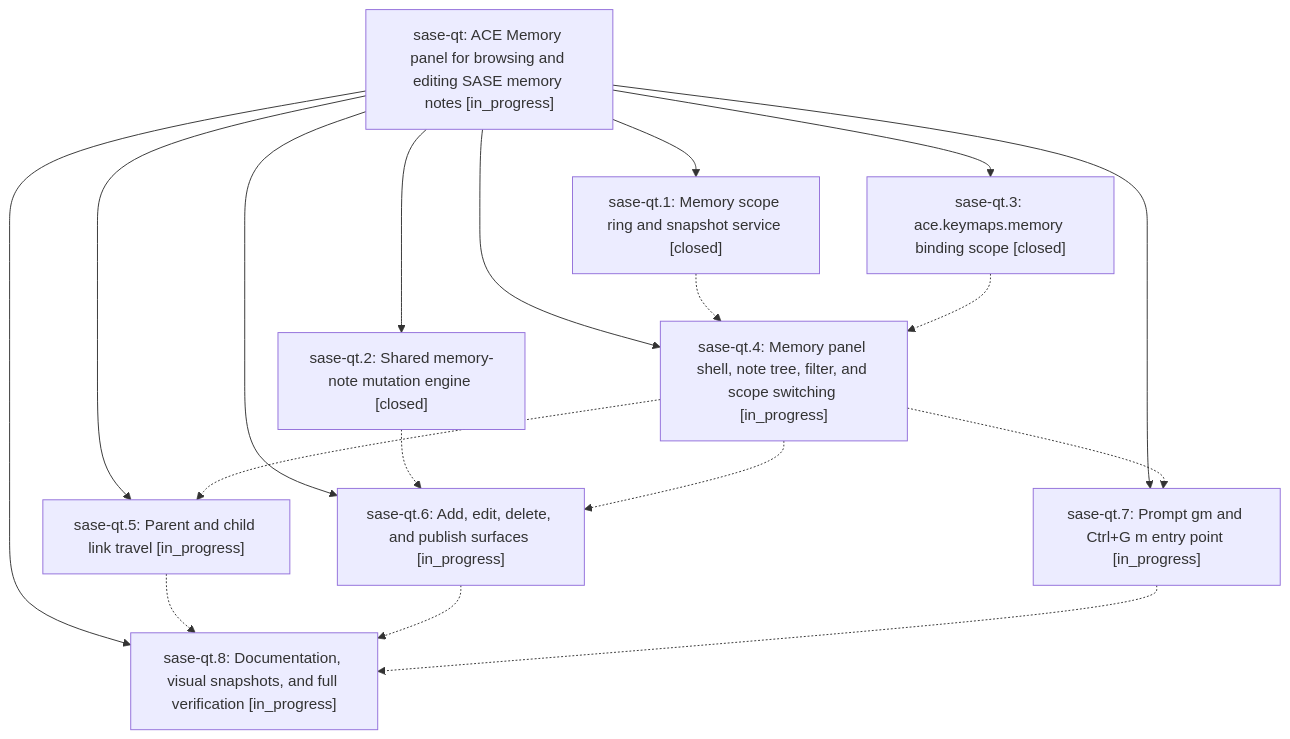
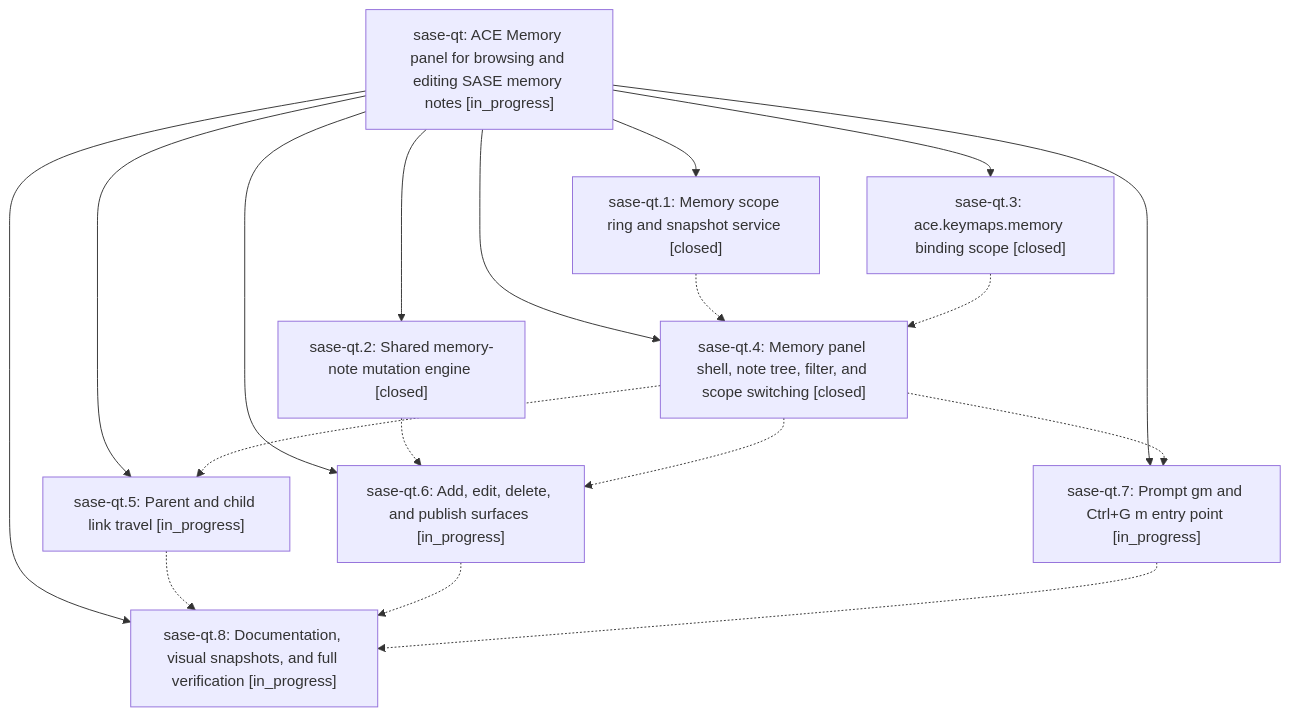
Before and after one commit to sase-org/sase--beads: the diagram in pages/sase-qt/README.md, drawn with Mermaid. The commit also changed other lines of this file and 6 other files, not shown here.

````diff
--- a/pages/sase-qt/README.md
+++ b/pages/sase-qt/README.md
@@ -29,29 +29,29 @@
 ```mermaid
 flowchart TD
     n0["sase-qt: ACE Memory panel for browsing and editing SASE memory notes [in_progress]"]
     n1["sase-qt.1: Memory scope ring and snapshot service [closed]"]
     n2["sase-qt.2: Shared memory-note mutation engine [closed]"]
     n3["sase-qt.3: ace.keymaps.memory binding scope [closed]"]
-    n4["sase-qt.4: Memory panel shell, note tree, filter, and scope switching [in_progress]"]
+    n4["sase-qt.4: Memory panel shell, note tree, filter, and scope switching [closed]"]
     n5["sase-qt.5: Parent and child link travel [in_progress]"]
     n6["sase-qt.6: Add, edit, delete, and publish surfaces [in_progress]"]
     n7["sase-qt.7: Prompt gm and Ctrl+G m entry point [in_progress]"]
     n8["sase-qt.8: Documentation, visual snapshots, and full verification [in_progress]"]
     n0 --> n1
     n0 --> n2
     n0 --> n3
     n0 --> n4
     n0 --> n5
     n0 --> n6
     n0 --> n7
     n0 --> n8
     n1 -.-> n4
     n2 -.-> n6
     n3 -.-> n4
     n4 -.-> n5
     n4 -.-> n6
     n4 -.-> n7
     n5 -.-> n8
     n6 -.-> n8
     n7 -.-> n8
 ```
````
